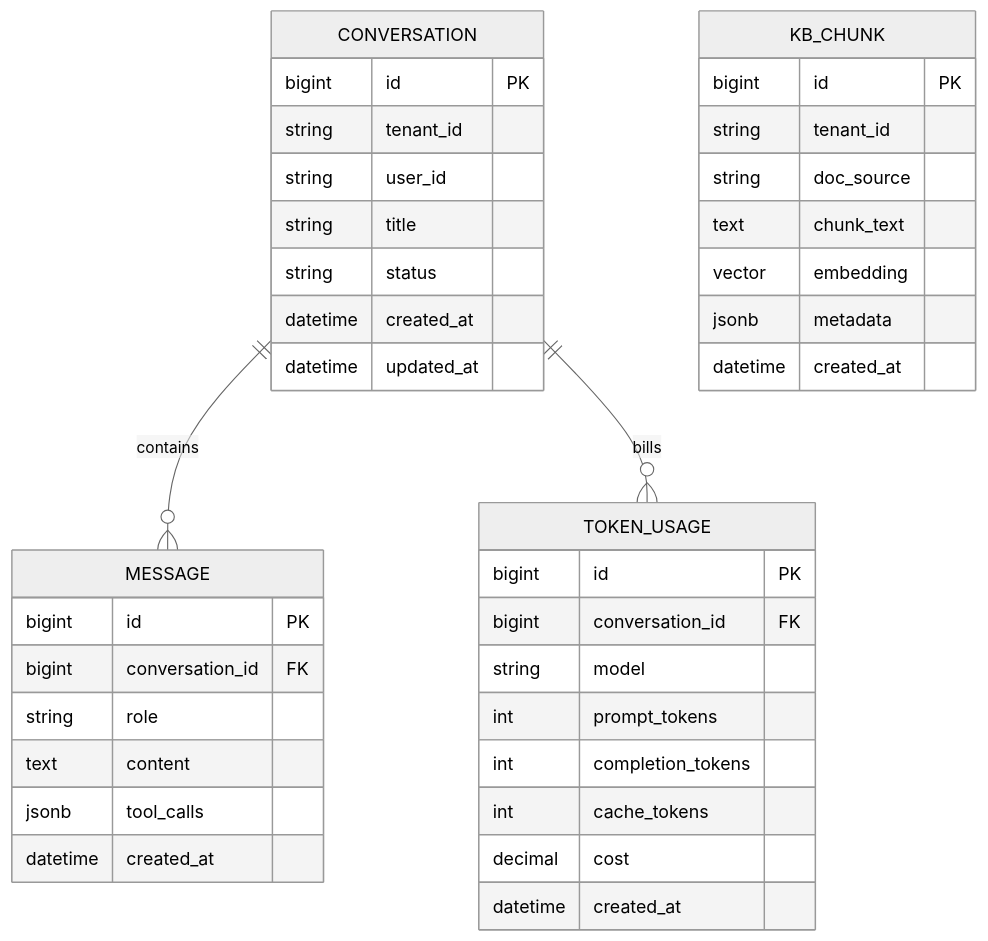
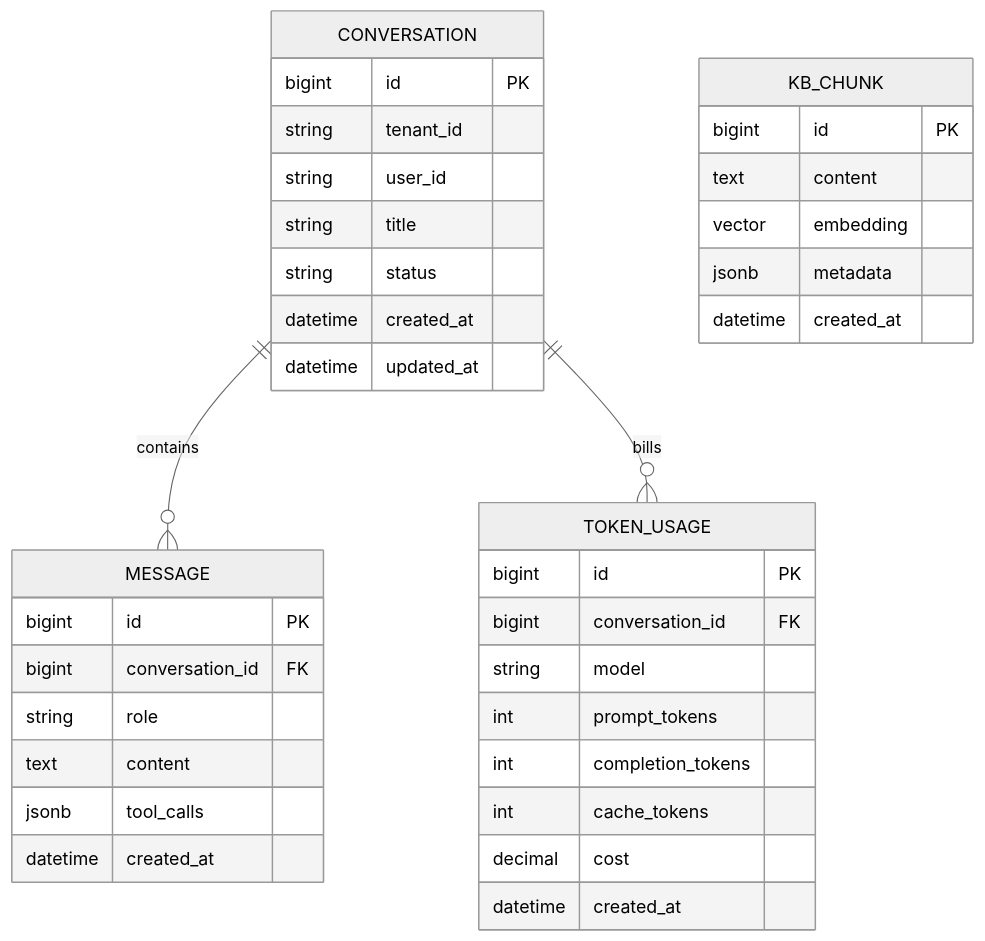
Before and after one commit to UranusGit/java-agent-learn: the third of 5 diagrams in docs/项目-客服Agent平台/03-阶段1-单体MVP.md, drawn with Mermaid (neutral theme). The commit also changed other lines of this file and 19 other files, not shown here.

````diff
--- a/docs/项目-客服Agent平台/03-阶段1-单体MVP.md
+++ b/docs/项目-客服Agent平台/03-阶段1-单体MVP.md
@@ -155,41 +157,39 @@
 ```mermaid
 erDiagram
     CONVERSATION ||--o{ MESSAGE : contains
     CONVERSATION ||--o{ TOKEN_USAGE : bills
     KB_CHUNK {
         bigint id PK
-        string tenant_id
-        string doc_source
-        text chunk_text
+        text content
         vector embedding
         jsonb metadata
         datetime created_at
     }
     CONVERSATION {
         bigint id PK
         string tenant_id
         string user_id
         string title
         string status
         datetime created_at
         datetime updated_at
     }
     MESSAGE {
         bigint id PK
         bigint conversation_id FK
         string role
         text content
         jsonb tool_calls
         datetime created_at
     }
     TOKEN_USAGE {
         bigint id PK
         bigint conversation_id FK
         string model
         int prompt_tokens
         int completion_tokens
         int cache_tokens
         decimal cost
         datetime created_at
     }
 ```
````
